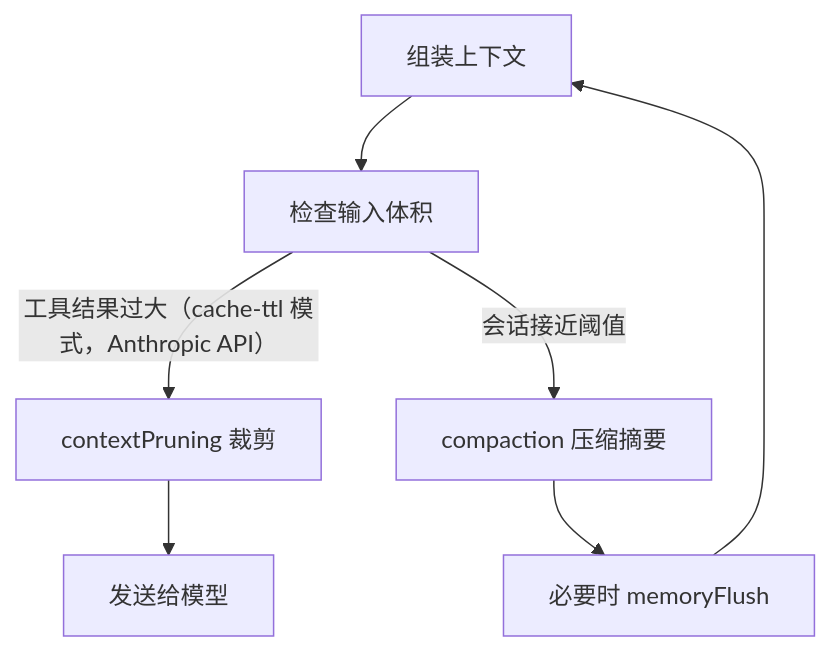
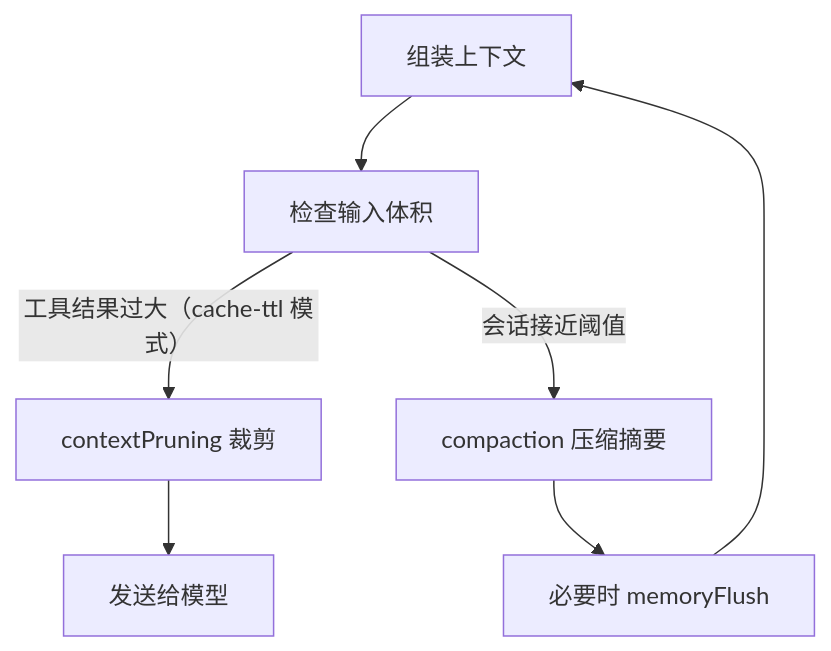
The diagram in 06_context_memory/6.4_compaction_pruning.md (yeasy/openclaw_guide), drawn with Mermaid before and after one commit. The commit also changed other lines of this file and 26 other files, not shown here.

````diff
--- a/06_context_memory/6.4_compaction_pruning.md
+++ b/06_context_memory/6.4_compaction_pruning.md
@@ -25,9 +25,9 @@
 ```mermaid
 flowchart TD
   A["组装上下文"] --> B["检查输入体积"]
-  B -->|"工具结果过大（cache-ttl 模式，Anthropic API）"| C["contextPruning 裁剪"]
+  B -->|"工具结果过大（cache-ttl 模式）"| C["contextPruning 裁剪"]
   C --> D["发送给模型"]
   B -->|"会话接近阈值"| E["compaction 压缩摘要"]
   E --> F["必要时 memoryFlush"]
   F --> A
 ```
````
